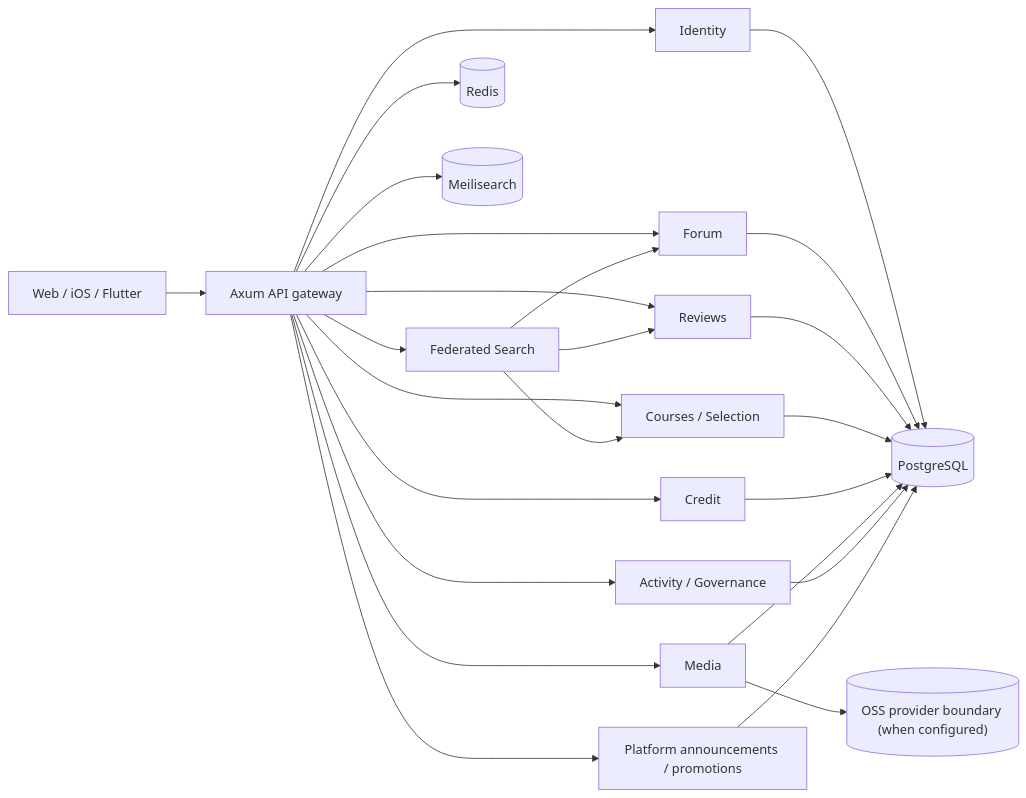
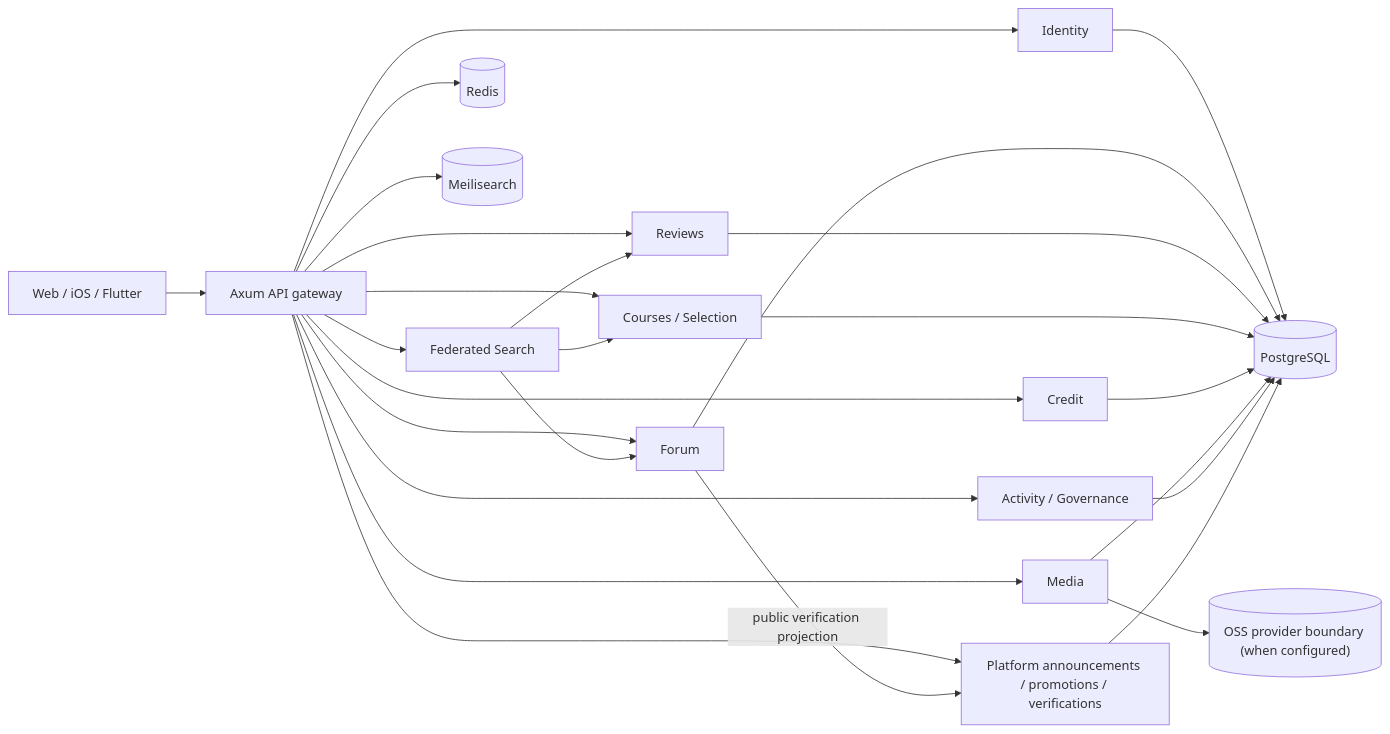
The diagram in docs/architecture/system-overview.md (YourTongji/YourTJ-Platform), drawn with Mermaid before and after one commit. The commit also changed other lines of this file and 31 other files, not shown here.

Commit message:
feat(platform): add managed account verifications

````diff
--- a/docs/architecture/system-overview.md
+++ b/docs/architecture/system-overview.md
@@ -16,30 +16,31 @@
 ```mermaid
 flowchart LR
     accTitle: YourTJ 当前系统结构
     accDescr: Web 和其他客户端通过 Axum API 访问各领域服务，PostgreSQL 保存业务事实，Redis、Meilisearch 和 OSS 保存可重建投影或媒体对象。
 
     C["Web / iOS / Flutter"] --> A["Axum API gateway"]
     A --> I["Identity"]
     A --> F["Forum"]
     A --> R["Reviews"]
     A --> K["Courses / Selection"]
     A --> P["Credit"]
     A --> M["Media"]
     A --> V["Activity / Governance"]
-    A --> PFM["Platform announcements / promotions"]
+    A --> PFM["Platform announcements / promotions / verifications"]
     A --> S["Federated Search"]
     I --> DB[("PostgreSQL")]
     F --> DB
     R --> DB
     K --> DB
     P --> DB
     M --> DB
     V --> DB
     PFM --> DB
+    F -->|"public verification projection"| PFM
     S --> K
     S --> R
     S --> F
     A --> Redis[("Redis")]
     A --> Meili[("Meilisearch")]
     M --> OSS[("OSS provider boundary (when configured)")]
 ```
````
